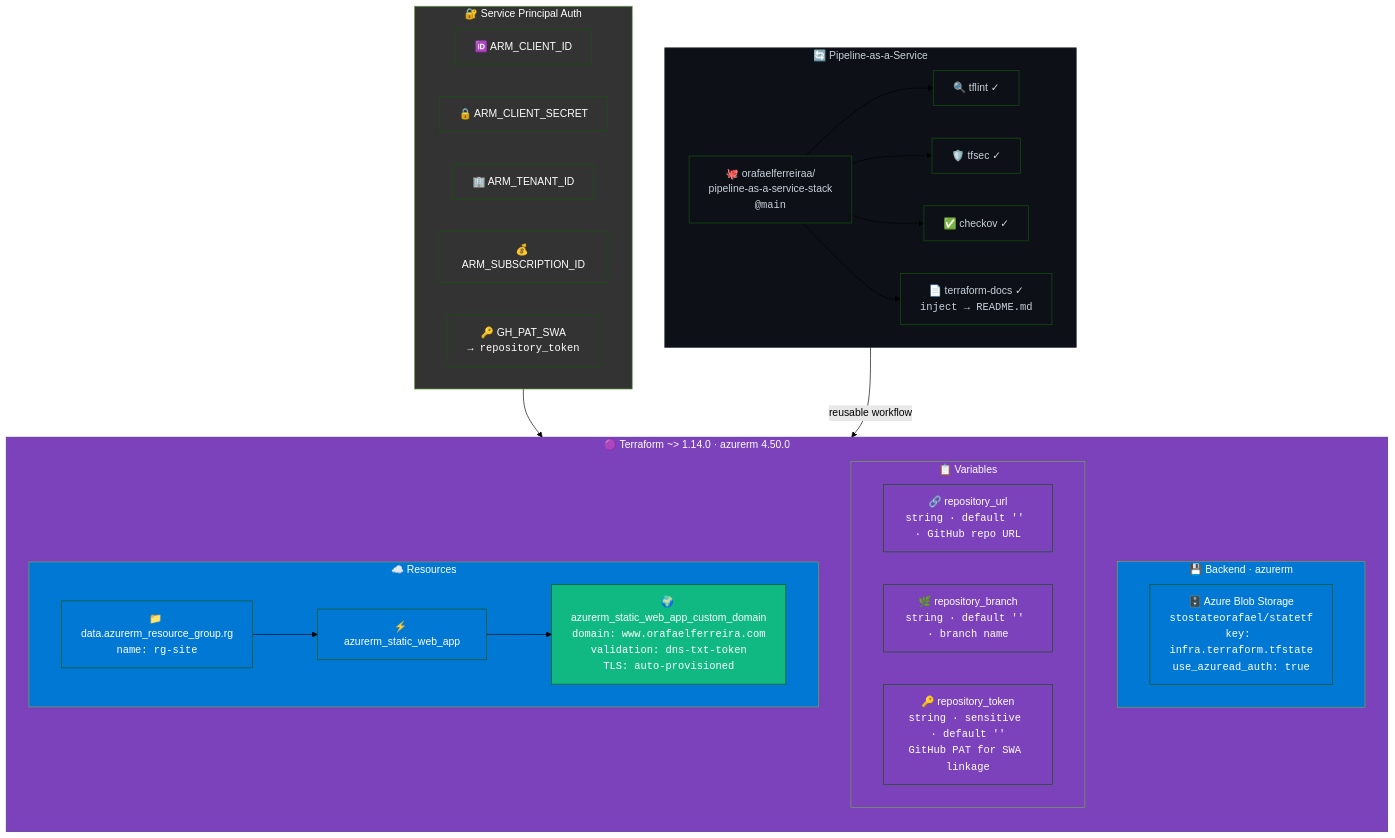
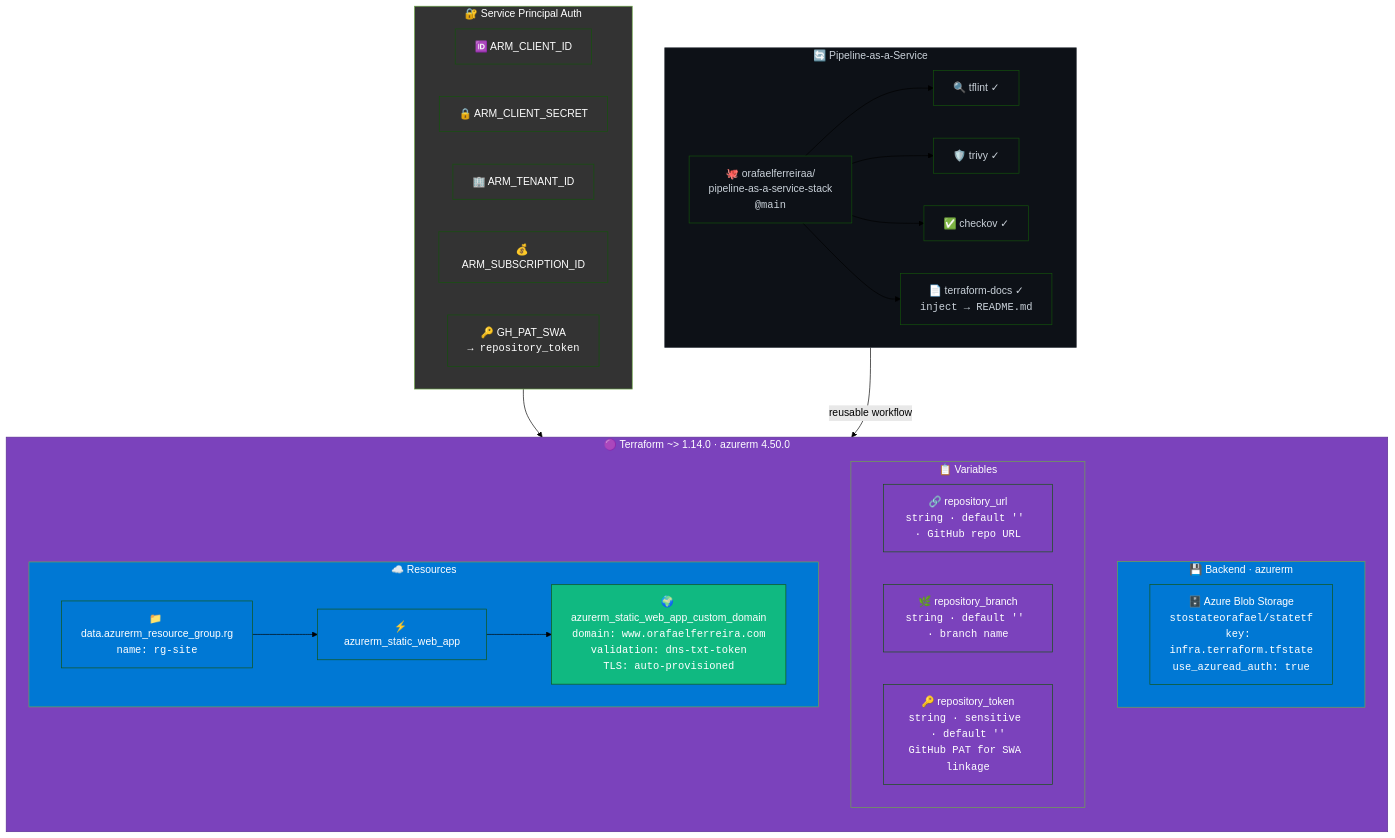
One commit to orafaelferreiraa/orafaelferreira-com changed the fifth of 5 diagrams in README.md. Above: the diagram before and after it, drawn with Mermaid (forest theme). The commit also changed other lines of this file and 2 other files, not shown here.

Commit message:
feat: update CI workflows to replace tfsec with trivy for security validation feat: add upcoming talks to the Talks component with details and links

````diff
--- a/README.md
+++ b/README.md
@@ -405,71 +405,71 @@
 ```mermaid
 flowchart TB
     subgraph tf["🟣 Terraform ~> 1.14.0 · azurerm 4.50.0"]
         direction TB
         
         subgraph backend["💾 Backend · azurerm"]
             state["🗄️ Azure Blob Storage<br/><code>stostateorafael/statetf<br/>key: infra.terraform.tfstate<br/>use_azuread_auth: true</code>"]
         end
 
         subgraph vars["📋 Variables"]
             v1["🔗 repository_url<br/><code>string · default '' · GitHub repo URL</code>"]
             v2["🌿 repository_branch<br/><code>string · default '' · branch name</code>"]
             v3["🔑 repository_token<br/><code>string · sensitive · default ''<br/>GitHub PAT for SWA linkage</code>"]
         end
 
         subgraph resources["☁️ Resources"]
             data_rg["📁 data.azurerm_resource_group.rg<br/><code>name: rg-site</code>"]
             swa_res["⚡ azurerm_static_web_app"]
             domain["🌍 azurerm_static_web_app_custom_domain<br/><code>domain: www.orafaelferreira.com<br/>validation: dns-txt-token<br/>TLS: auto-provisioned</code>"]
         end
 
         data_rg --> swa_res
         swa_res --> domain
     end
 
     subgraph auth["🔐 Service Principal Auth"]
         direction LR
         arm_client["🆔 ARM_CLIENT_ID"]
         arm_secret["🔒 ARM_CLIENT_SECRET"]
         arm_tenant["🏢 ARM_TENANT_ID"]
         arm_sub["💰 ARM_SUBSCRIPTION_ID"]
         gh_pat["🔑 GH_PAT_SWA<br/><code>→ repository_token</code>"]
     end
 
     subgraph pipeline_svc["🔄 Pipeline-as-a-Service"]
         direction LR
         paas["🐙 orafaelferreiraa/<br/>pipeline-as-a-service-stack<br/><code>@main</code>"]
         paas_tflint["🔍 tflint ✓"]
-        paas_tfsec["🛡️ tfsec ✓"]
+        paas_trivy["🛡️ trivy ✓"]
         paas_checkov["✅ checkov ✓"]
         paas_docs["📄 terraform-docs ✓<br/><code>inject → README.md</code>"]
-        paas --> paas_tflint & paas_tfsec & paas_checkov & paas_docs
+        paas --> paas_tflint & paas_trivy & paas_checkov & paas_docs
     end
 
     auth --> tf
     pipeline_svc -->|"reusable workflow"| tf
 
     style tf fill:#7B42BC,color:#fff,stroke:#5a2d91
     style backend fill:#0078D4,color:#fff
     style resources fill:#0078D4,color:#fff
     style vars fill:#7B42BC,color:#fff
     style auth fill:#333,color:#fff
     style pipeline_svc fill:#0d1117,color:#c9d1d9,stroke:#30363d
     style state fill:#0078D4,color:#fff
     style data_rg fill:#0078D4,color:#fff
     style swa_res fill:#0078D4,color:#fff
     style domain fill:#10b981,color:#fff
     style v1 fill:#7B42BC,color:#fff
     style v2 fill:#7B42BC,color:#fff
     style v3 fill:#7B42BC,color:#fff
     style arm_client fill:#333,color:#fff
     style arm_secret fill:#333,color:#fff
     style arm_tenant fill:#333,color:#fff
     style arm_sub fill:#333,color:#fff
     style gh_pat fill:#333,color:#fff
     style paas fill:#0d1117,color:#c9d1d9
     style paas_tflint fill:#0d1117,color:#c9d1d9
-    style paas_tfsec fill:#0d1117,color:#c9d1d9
+    style paas_trivy fill:#0d1117,color:#c9d1d9
     style paas_checkov fill:#0d1117,color:#c9d1d9
     style paas_docs fill:#0d1117,color:#c9d1d9
 ```
````
